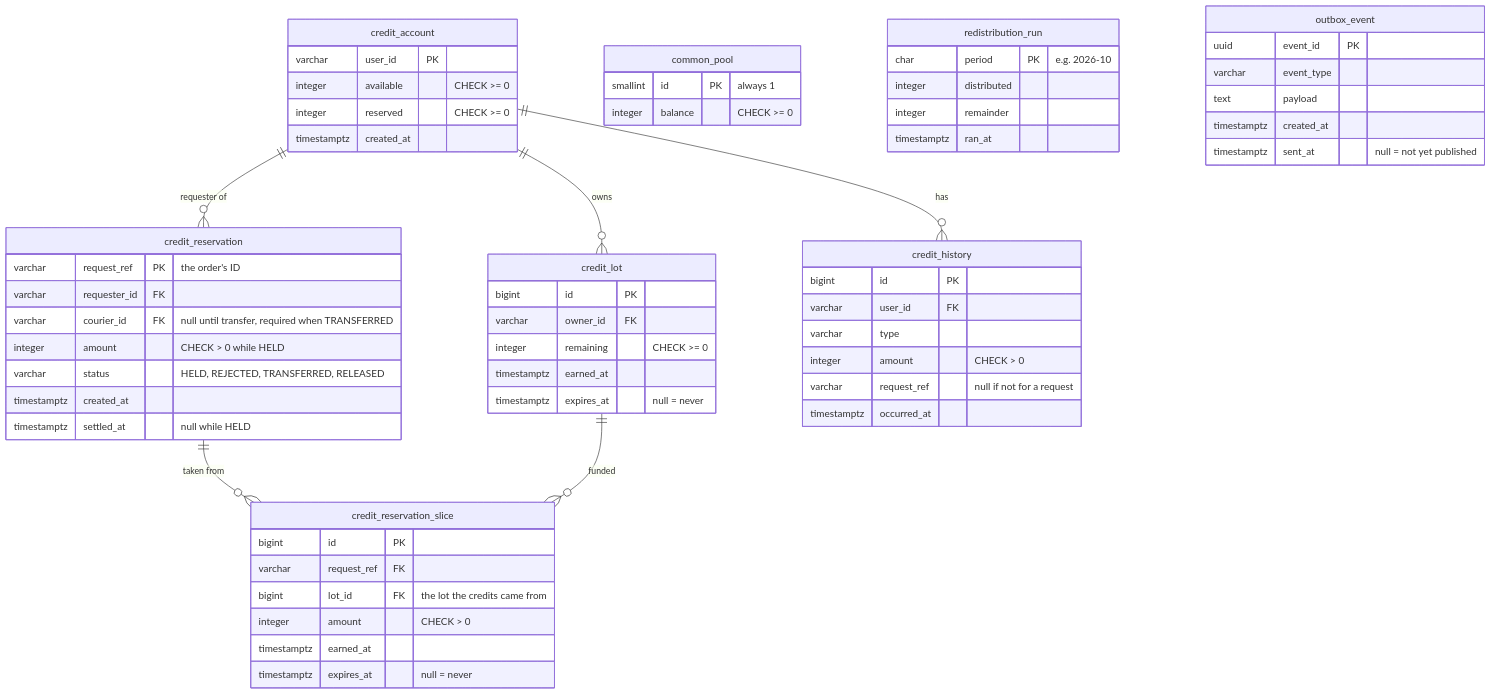
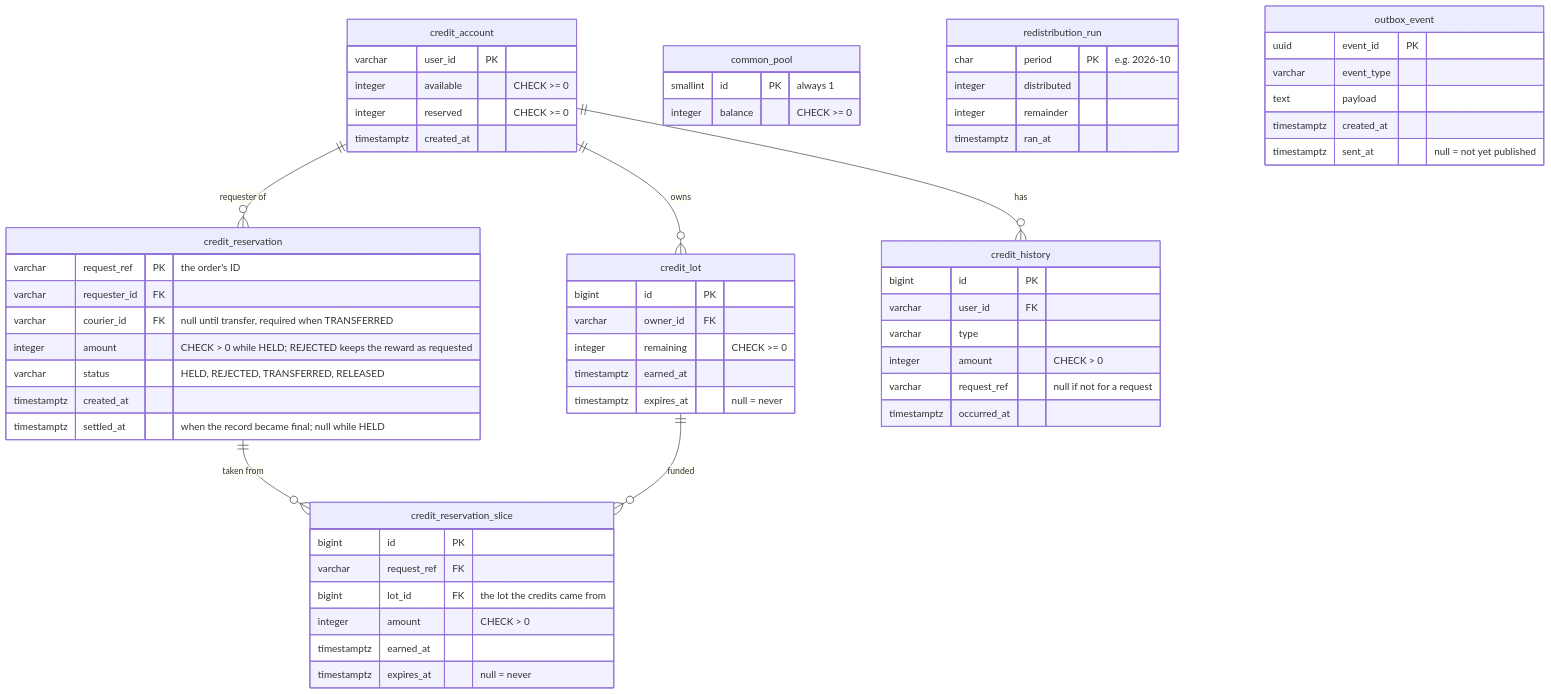
One commit to AY2627S1-CS3219-P23/foc changed the diagram in docs/credit-service.md. Above: the diagram before and after it, drawn with Mermaid. The commit also changed other lines of this file and 14 other files, not shown here.

````diff
--- a/docs/credit-service.md
+++ b/docs/credit-service.md
@@ -116,64 +126,64 @@
 ```mermaid
 erDiagram
     credit_account ||--o{ credit_reservation : "requester of"
     credit_account ||--o{ credit_lot : owns
     credit_account ||--o{ credit_history : "has"
     credit_reservation ||--o{ credit_reservation_slice : "taken from"
     credit_lot ||--o{ credit_reservation_slice : "funded"
  
     credit_account {
         varchar user_id PK
         integer available "CHECK >= 0"
         integer reserved "CHECK >= 0"
         timestamptz created_at
     }
     credit_reservation {
         varchar request_ref PK "the order's ID"
         varchar requester_id FK
         varchar courier_id FK "null until transfer, required when TRANSFERRED"
-        integer amount "CHECK > 0 while HELD"
+        integer amount "CHECK > 0 while HELD; REJECTED keeps the reward as requested"
         varchar status "HELD, REJECTED, TRANSFERRED, RELEASED"
         timestamptz created_at
-        timestamptz settled_at "null while HELD"
+        timestamptz settled_at "when the record became final; null while HELD"
     }
     credit_reservation_slice {
         bigint id PK
         varchar request_ref FK
         bigint lot_id FK "the lot the credits came from"
         integer amount "CHECK > 0"
         timestamptz earned_at
         timestamptz expires_at "null = never"
     }
     credit_lot {
         bigint id PK
         varchar owner_id FK
         integer remaining "CHECK >= 0"
         timestamptz earned_at
         timestamptz expires_at "null = never"
     }
     credit_history {
         bigint id PK
         varchar user_id FK
         varchar type
         integer amount "CHECK > 0"
         varchar request_ref "null if not for a request"
         timestamptz occurred_at
     }
     common_pool {
         smallint id PK "always 1"
         integer balance "CHECK >= 0"
     }
     redistribution_run {
         char period PK "e.g. 2026-10"
         integer distributed
         integer remainder
         timestamptz ran_at
     }
     outbox_event {
         uuid event_id PK
         varchar event_type
         text payload
         timestamptz created_at
         timestamptz sent_at "null = not yet published"
     }
 ```
````
